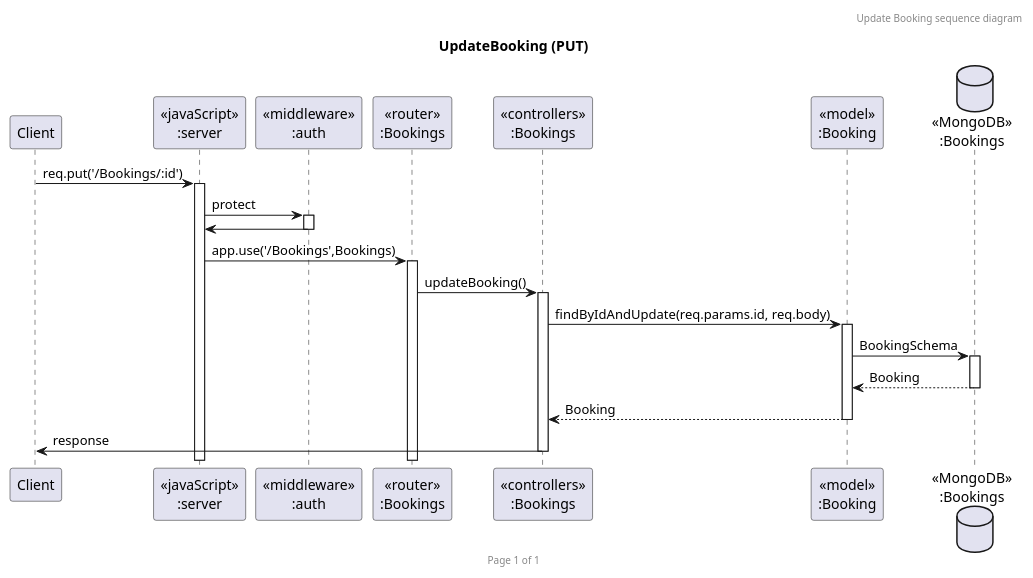
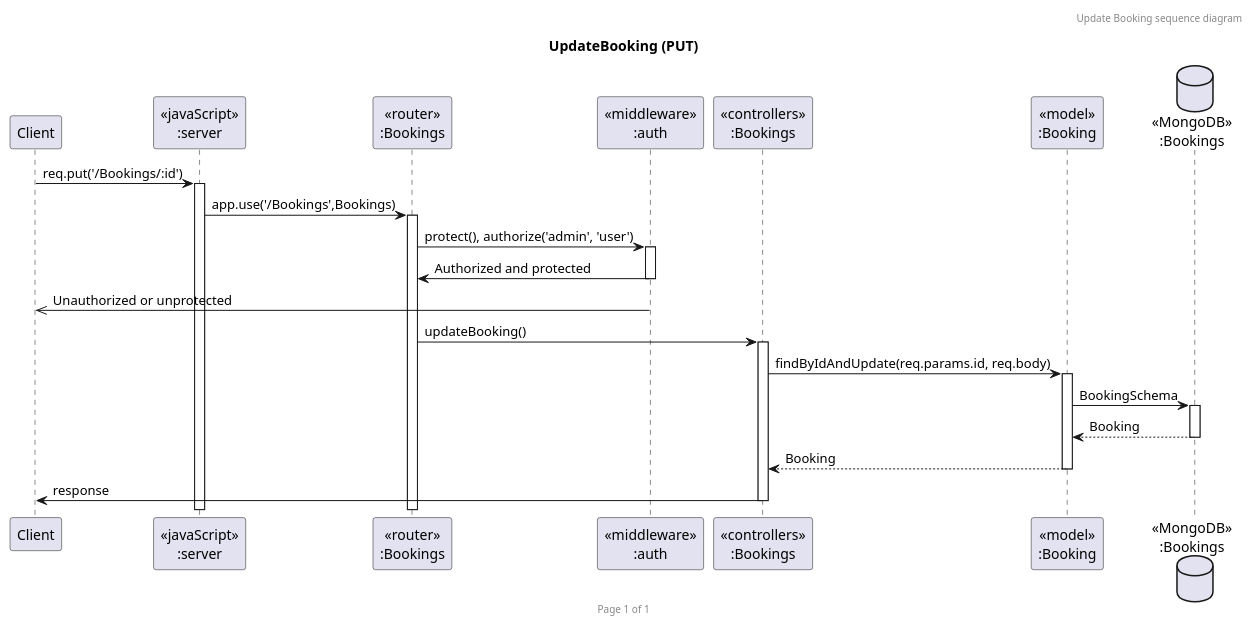
One commit to 2110503TACEDT66/presentation-day-1-samrongsquad changed the diagram in Puml/UpdateBooking.puml. Above: the diagram before and after it, drawn with PlantUML. The commit also changed 9 other files, not shown here.

```diff
--- a/Puml/UpdateBooking.puml
+++ b/Puml/UpdateBooking.puml
@@ -1,26 +1,27 @@
 @startuml UpdateBooking (PUT)
 
 header Update Booking sequence diagram
 footer Page %page% of %lastpage%
 title "UpdateBooking (PUT)"
 
 participant "Client" as client
 participant "<<javaScript>>\n:server" as server
+participant "<<router>>\n:Bookings" as routerBookings
 participant "<<middleware>>\n:auth" as middlewareAuth
-participant "<<router>>\n:Bookings" as routerBookings
 participant "<<controllers>>\n:Bookings" as controllersBookings
 participant "<<model>>\n:Booking" as modelBooking
 database "<<MongoDB>>\n:Bookings" as BookingsDatabase
 
 client->server ++:req.put('/Bookings/:id')
-server->middlewareAuth ++: protect
-middlewareAuth->server --:
 server->routerBookings ++:app.use('/Bookings',Bookings)
+routerBookings->middlewareAuth ++: protect(), authorize('admin', 'user')
+middlewareAuth->routerBookings --: Authorized and protected
+middlewareAuth ->> client --: Unauthorized or unprotected
 routerBookings -> controllersBookings ++:updateBooking()
 controllersBookings->modelBooking ++:findByIdAndUpdate(req.params.id, req.body)
 modelBooking ->BookingsDatabase ++: BookingSchema
 BookingsDatabase --> modelBooking --: Booking
 controllersBookings <-- modelBooking --:Booking
 controllersBookings->client --:response
 
 @enduml
```
